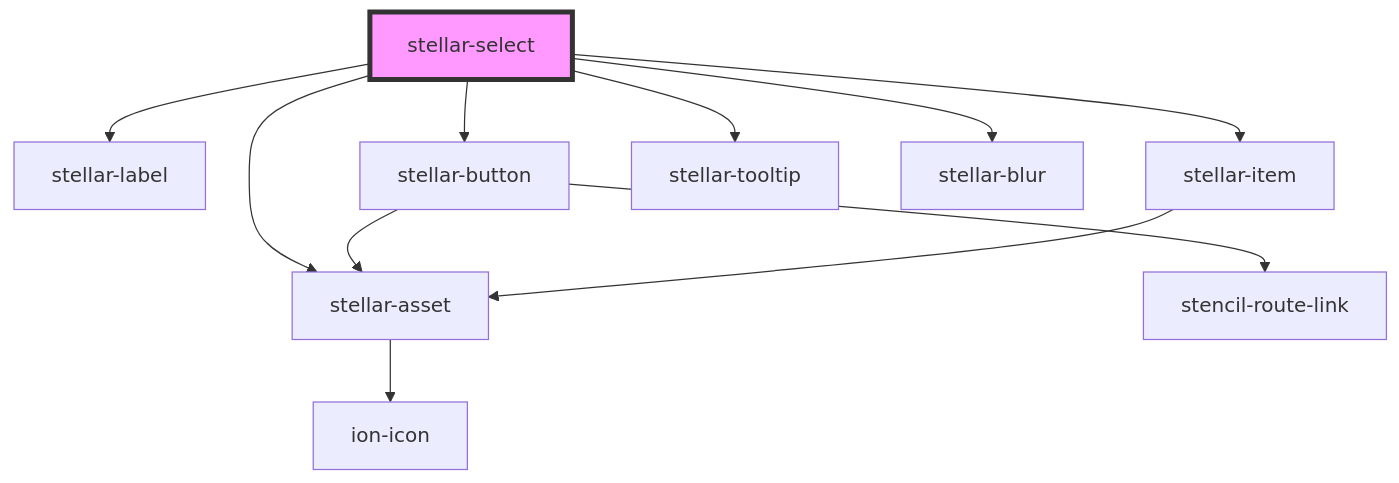
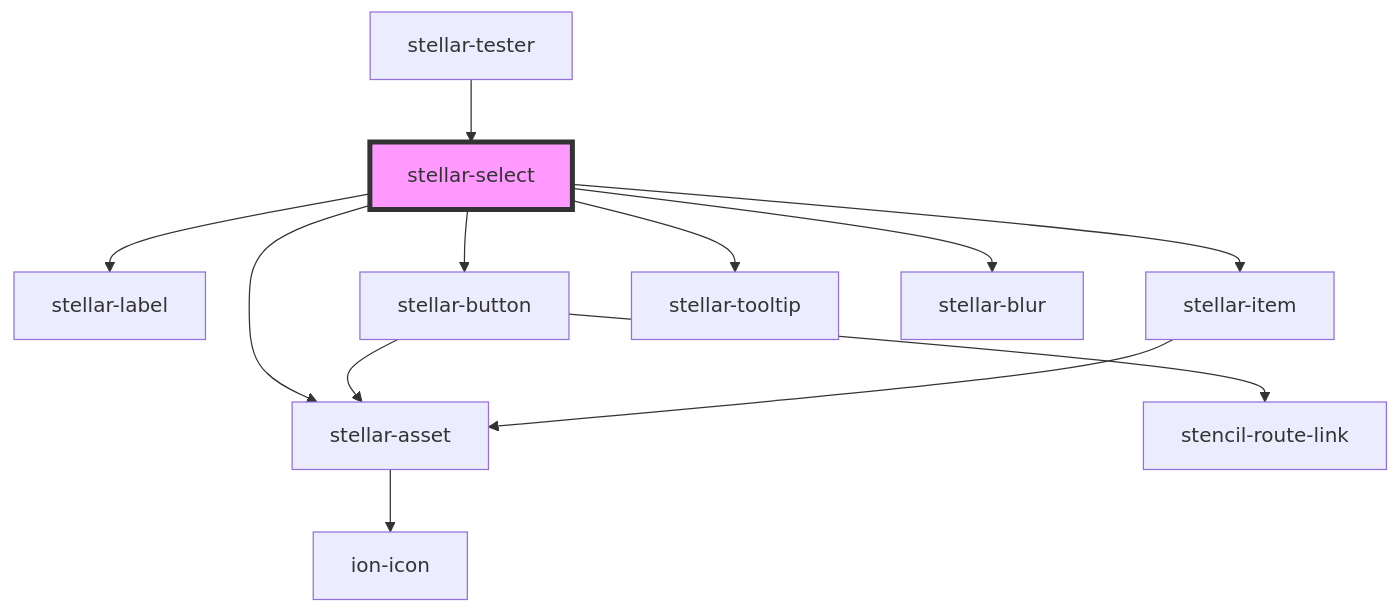
The diagram in src/components/forms/select/readme.md (splitinfinities/Stellar), drawn with Mermaid before and after one commit. The commit also changed other lines of this file and 30 other files, not shown here.

````diff
--- a/src/components/forms/select/readme.md
+++ b/src/components/forms/select/readme.md
@@ -263,14 +277,15 @@
 ```mermaid
 graph TD;
   stellar-select --> stellar-label
   stellar-select --> stellar-button
   stellar-select --> stellar-asset
   stellar-select --> stellar-item
   stellar-select --> stellar-tooltip
   stellar-select --> stellar-blur
   stellar-button --> stellar-asset
   stellar-button --> stencil-route-link
   stellar-asset --> ion-icon
   stellar-item --> stellar-asset
+  stellar-tester --> stellar-select
   style stellar-select fill:#f9f,stroke:#333,stroke-width:4px
 ```
````
